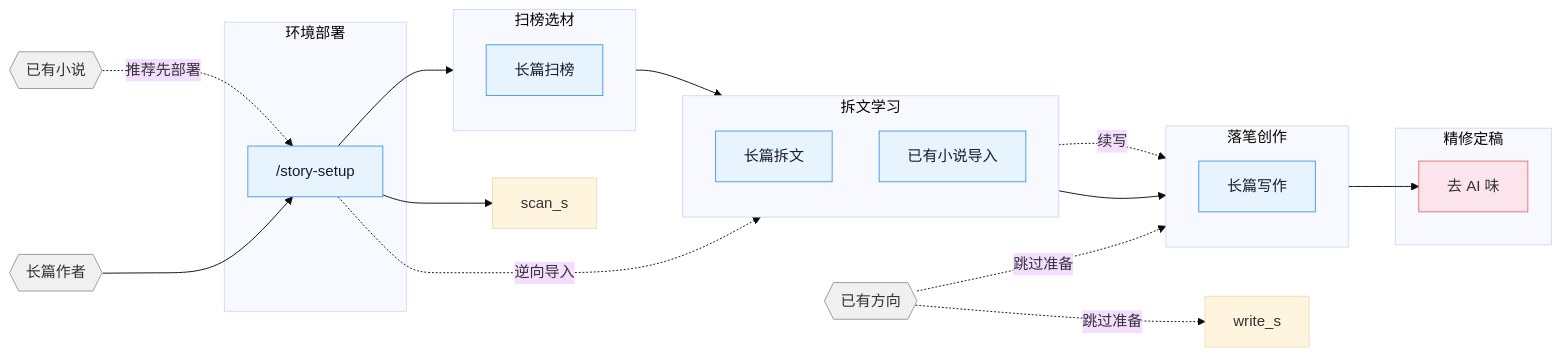
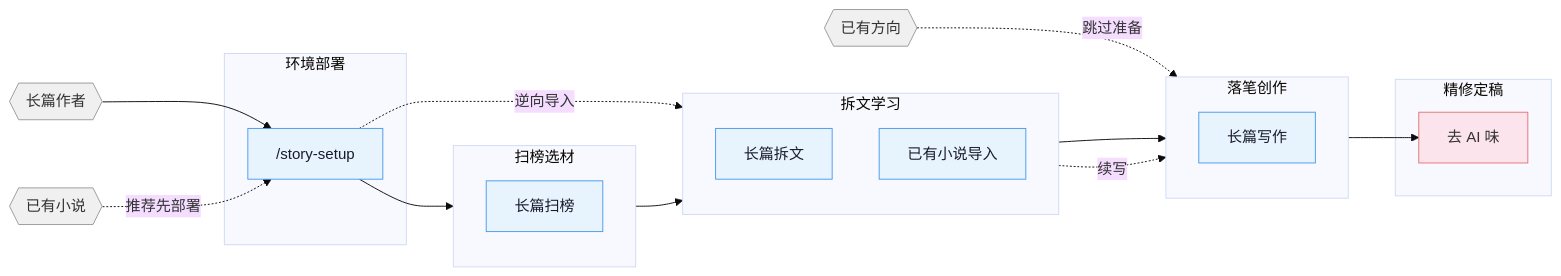
One commit to Chained1001/mo-shu changed the diagram in README.md. Above: the diagram before and after it, drawn with Mermaid (base theme). The commit also changed other lines of this file and 194 other files, not shown here.

````diff
--- a/README.md
+++ b/README.md
@@ -29,46 +23,44 @@
 ```mermaid
 flowchart LR
     classDef entry fill:#f0f0f0,color:#333,stroke:#999,stroke-width:1px
     classDef phase fill:#e8f4fd,color:#1a1a2e,stroke:#4a9be8,stroke-width:1px
     classDef final fill:#fce4ec,color:#333,stroke:#e57373,stroke-width:1px
 
     entry_l{{"长篇作者"}}:::entry
     entry_r{{"已有方向"}}:::entry
     entry_i{{"已有小说"}}:::entry
 
     subgraph S0 ["  环境部署"]
         setup["/story-setup"]:::phase
     end
 
     subgraph S1 ["  扫榜选材"]
         direction TB
         scan_l["长篇扫榜"]:::phase
     end
 
     subgraph S2 ["  拆文学习"]
         direction TB
         analyze_l["长篇拆文"]:::phase
         import_l["已有小说导入"]:::phase
     end
 
     subgraph S3 ["  落笔创作"]
         direction TB
         write_l["长篇写作"]:::phase
     end
 
     subgraph S4 ["  精修定稿"]
         deslop["去 AI 味"]:::final
     end
 
     entry_l --> setup
     setup --> scan_l
-    setup --> scan_s
     scan_l --> analyze_l
     analyze_l --> write_l
     entry_r -.->|跳过准备| write_l
-    entry_r -.->|跳过准备| write_s
     entry_i -.->|推荐先部署| setup
     setup -.->|逆向导入| import_l
     import_l -.->|续写| write_l
     write_l --> deslop
 ```
````
